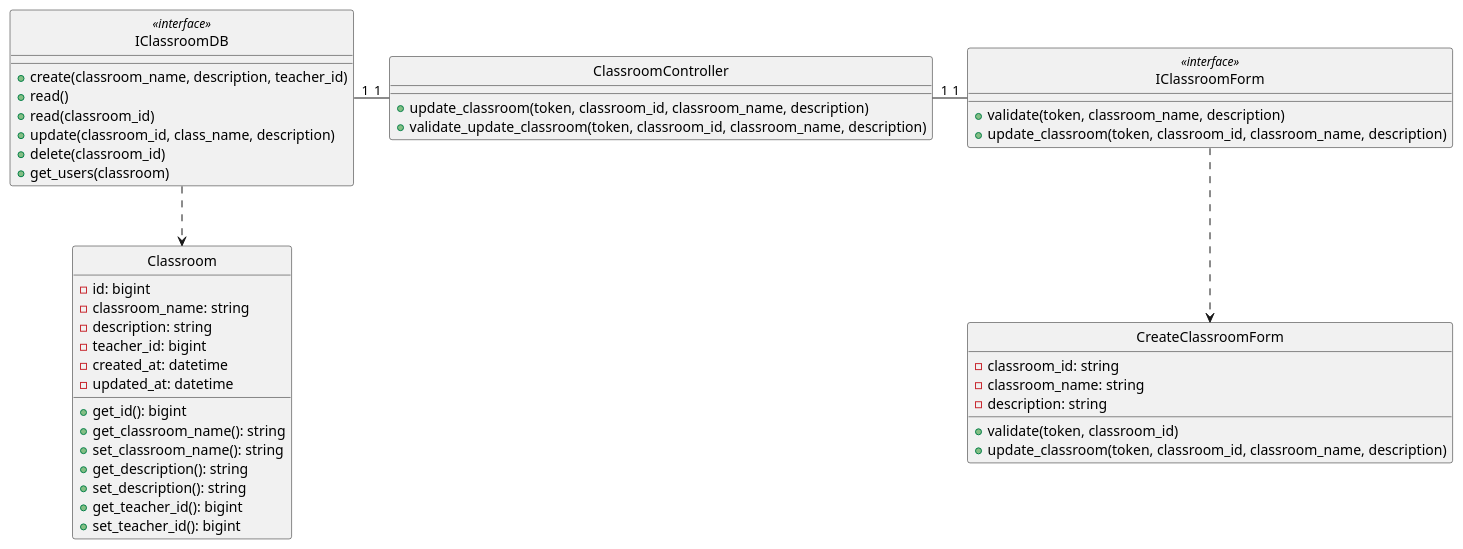
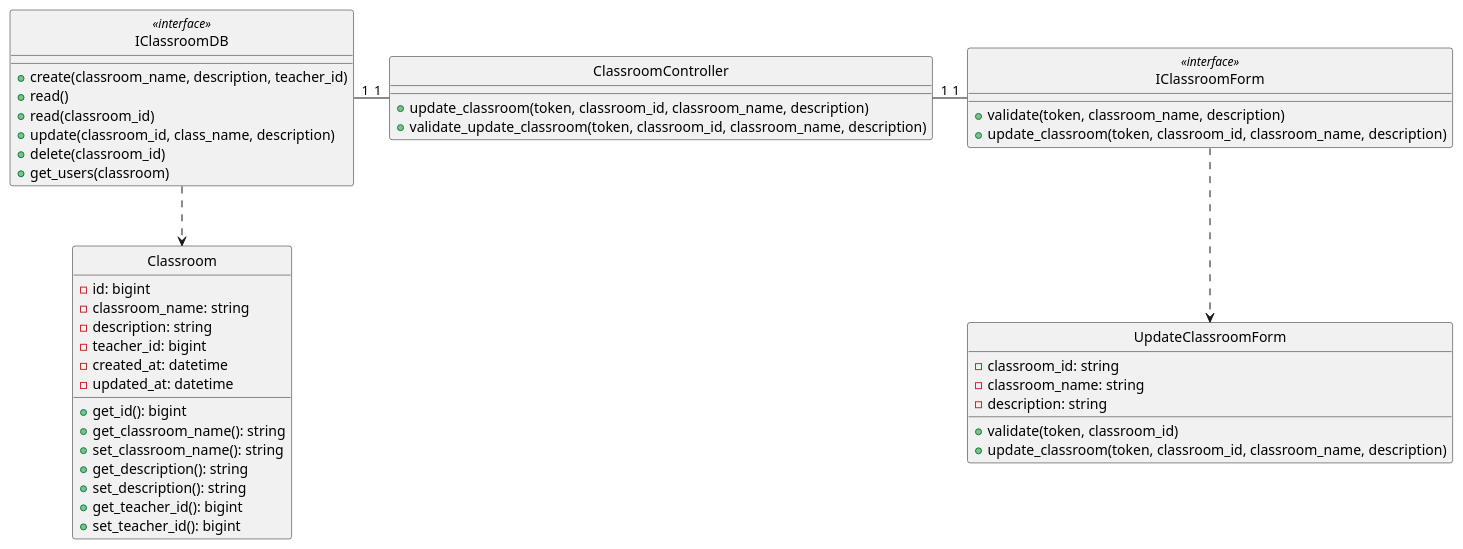
The diagram in class - design/classroom/updateClass.plantuml (anonyhostvn/OOAD-Diagram), drawn with PlantUML before and after one commit. The commit also changed 1 other file, not shown here.

```diff
--- a/class - design/classroom/updateClass.plantuml
+++ b/class - design/classroom/updateClass.plantuml
@@ -1,60 +1,60 @@
 @startuml updateClass
 
 class Classroom {
     - id: bigint
     - classroom_name: string
     - description: string
     - teacher_id: bigint
     - created_at: datetime
     - updated_at: datetime
 
     + get_id(): bigint
     + get_classroom_name(): string
     + set_classroom_name(): string
     + get_description(): string
     + set_description(): string
     + get_teacher_id(): bigint
     + set_teacher_id(): bigint
 }
 
 class IClassroomDB <<interface>> {
     + create(classroom_name, description, teacher_id)
     + read()
     + read(classroom_id)
     + update(classroom_id, class_name, description)
     + delete(classroom_id)
     + get_users(classroom)
 }
 
-class CreateClassroomForm {
+class UpdateClassroomForm {
     - classroom_id: string
     - classroom_name: string
     - description: string
 
     + validate(token, classroom_id)
     + update_classroom(token, classroom_id, classroom_name, description)
 }
 
 class IClassroomForm <<interface>> {
     + validate(token, classroom_name, description)
     + update_classroom(token, classroom_id, classroom_name, description)
 }
 
 class ClassroomController {
     + update_classroom(token, classroom_id, classroom_name, description)
     + validate_update_classroom(token, classroom_id, classroom_name, description)
 }
 
 hide Classroom circle
 hide IClassroomDB <<interface>> circle
-hide CreateClassroomForm circle
+hide UpdateClassroomForm circle
 hide IClassroomForm <<interface>> circle
 hide ClassroomController circle
 
 IClassroomDB -down.> Classroom
-IClassroomForm .down.> CreateClassroomForm
+IClassroomForm .down.> UpdateClassroomForm
 ClassroomController "1"-left-"1" IClassroomDB
 IClassroomForm "1"-left-"1" ClassroomController
 
 
 @enduml
```
